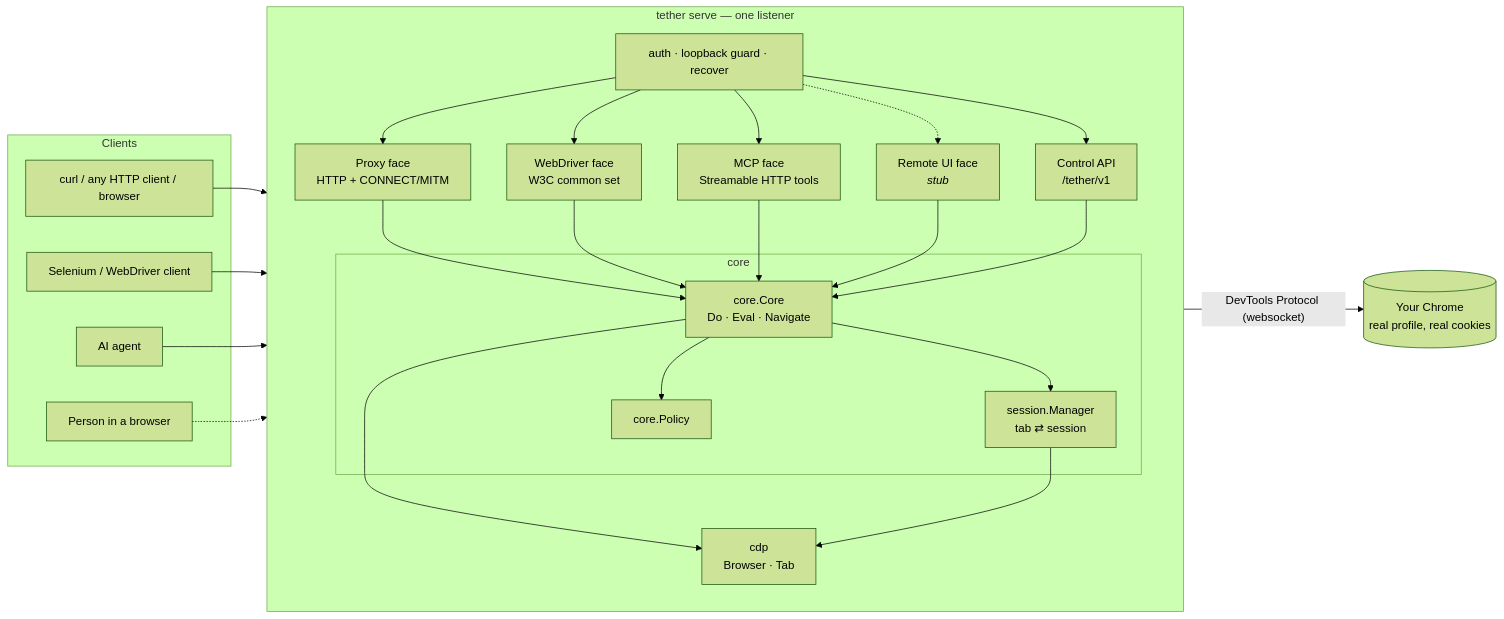
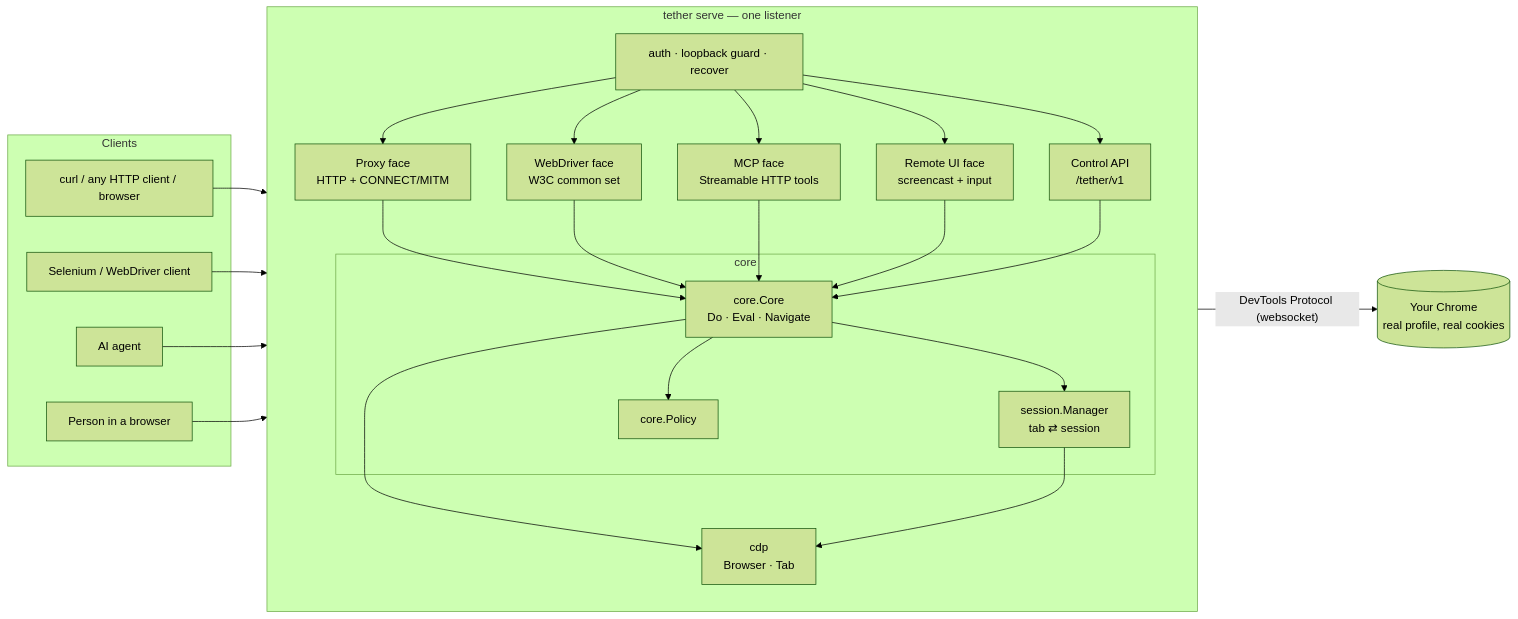
One commit to adeelahmad/Tether changed the first of 3 diagrams in docs/ARCHITECTURE.md. Above: the diagram before and after it, drawn with Mermaid (forest theme). The commit also changed other lines of this file and 31 other files, not shown here.

````diff
--- a/docs/ARCHITECTURE.md
+++ b/docs/ARCHITECTURE.md
@@ -9,39 +9,39 @@
 ```mermaid
 flowchart LR
   subgraph clients[Clients]
     C1[curl / any HTTP client / browser]
     C2[Selenium / WebDriver client]
     C3[AI agent]
     C4[Person in a browser]
   end
 
   subgraph tether[tether serve — one listener]
     direction TB
     G[auth · loopback guard · recover]
     P[Proxy face<br/>HTTP + CONNECT/MITM]
     W[WebDriver face<br/>W3C common set]
     M[MCP face<br/>Streamable HTTP tools]
-    R[Remote UI face<br/><i>stub</i>]
+    R[Remote UI face<br/>screencast + input]
     A[Control API<br/>/tether/v1]
     subgraph core[core]
       S[session.Manager<br/>tab ⇄ session]
       E[core.Core<br/>Do · Eval · Navigate]
       PO[core.Policy]
     end
     X[cdp<br/>Browser · Tab]
   end
 
   Chrome[(Your Chrome<br/>real profile, real cookies)]
 
   C1 --> G --> P
   C2 --> G --> W
   C3 --> G --> M
-  C4 -.-> G -.-> R
+  C4 --> G --> R
   G --> A
   P & W & M & R & A --> E
   E --> S
   E --> PO
   E --> X
   S --> X
   X -- DevTools Protocol (websocket) --> Chrome
 ```
````
